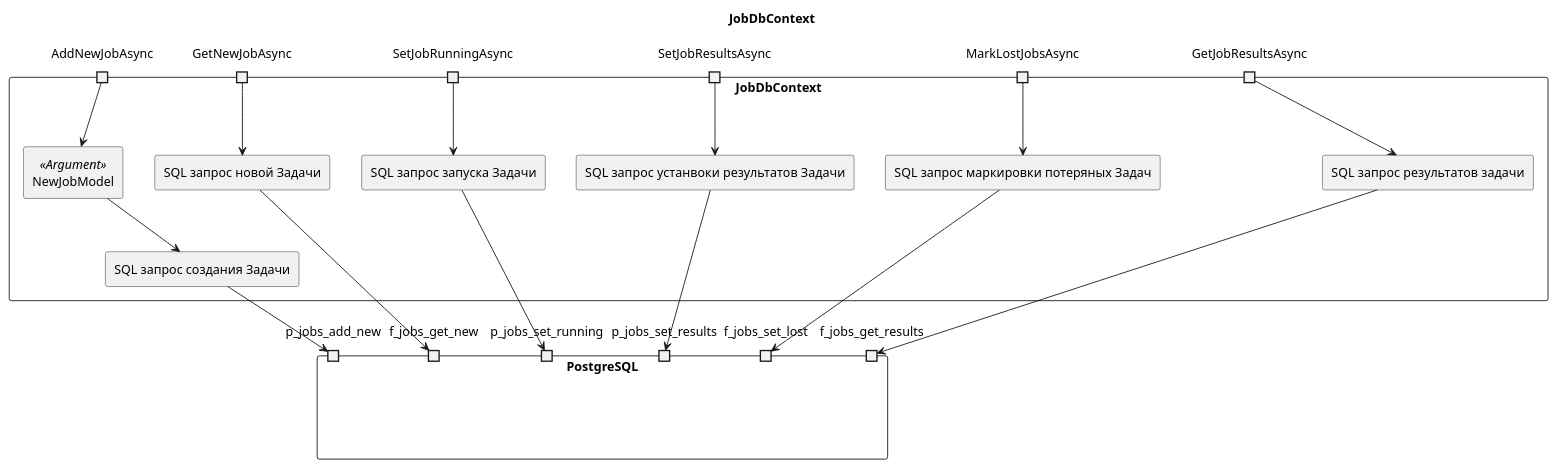
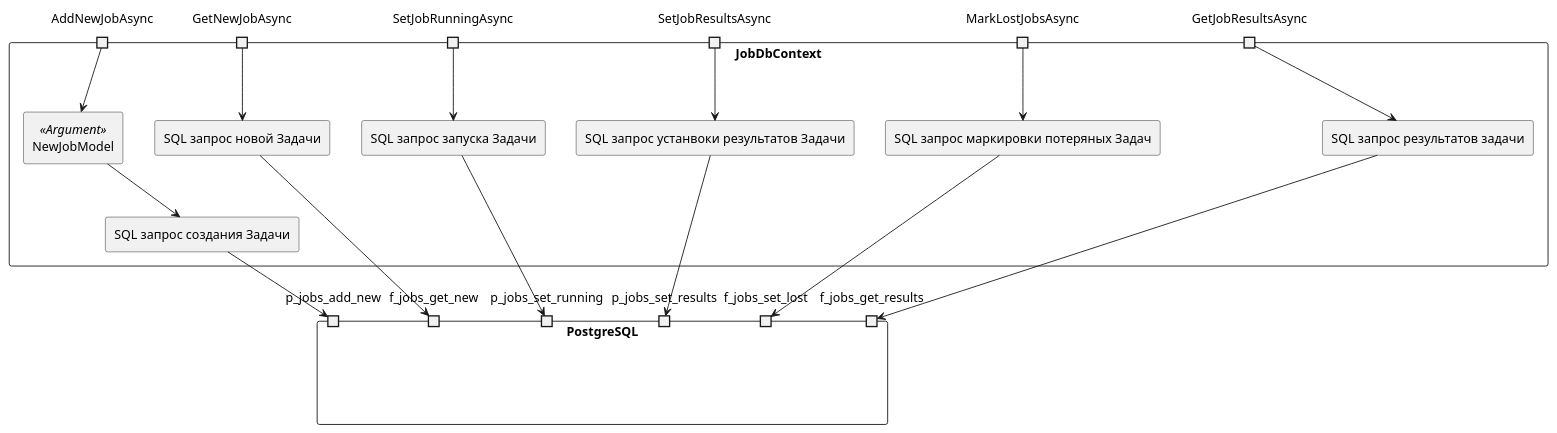
The diagram in docs/diagrams/structure/Job.Database.puml (mrypdm/JobSystem), drawn with PlantUML before and after one commit. The commit also changed 8 other files, not shown here.

```diff
--- a/docs/diagrams/structure/Job.Database.puml
+++ b/docs/diagrams/structure/Job.Database.puml
@@ -1,51 +1,49 @@
 @startuml JobDbContext
 skinparam componentStyle rectangle
 skinparam linetype polyline
-
-title JobDbContext
 
 component PostgreSQL {
     portin p_jobs_add_new
     portin f_jobs_get_new
     portin p_jobs_set_running
     portin p_jobs_set_results
     portin f_jobs_set_lost
     portin f_jobs_get_results
 }
 
 component JobDbContext {
     portin AddNewJobAsync
     [SQL запрос создания Задачи] as addNewJobSql
     [NewJobModel] << Argument >> as NewJobModelIn
     AddNewJobAsync --> NewJobModelIn
     NewJobModelIn --> addNewJobSql
 
     portin GetNewJobAsync
     [SQL запрос новой Задачи] as getNewJobSql
     GetNewJobAsync --> getNewJobSql
 
     portin SetJobRunningAsync
     [SQL запрос запуска Задачи] as setRunningSql
     SetJobRunningAsync --> setRunningSql
 
     portin SetJobResultsAsync
     [SQL запрос устанвоки результатов Задачи] as setResultsSql
     SetJobResultsAsync --> setResultsSql
 
     portin MarkLostJobsAsync
     [SQL запрос маркировки потеряных Задач] as setLostSql
     MarkLostJobsAsync --> setLostSql
 
     portin GetJobResultsAsync
     [SQL запрос результатов задачи] as getResultsSQL
     GetJobResultsAsync --> getResultsSQL
 }
 
 addNewJobSql --> p_jobs_add_new
 getNewJobSql --> f_jobs_get_new
 setRunningSql --> p_jobs_set_running
 setResultsSql --> p_jobs_set_results
 setLostSql --> f_jobs_set_lost
 getResultsSQL --> f_jobs_get_results
 
 @enduml
```
